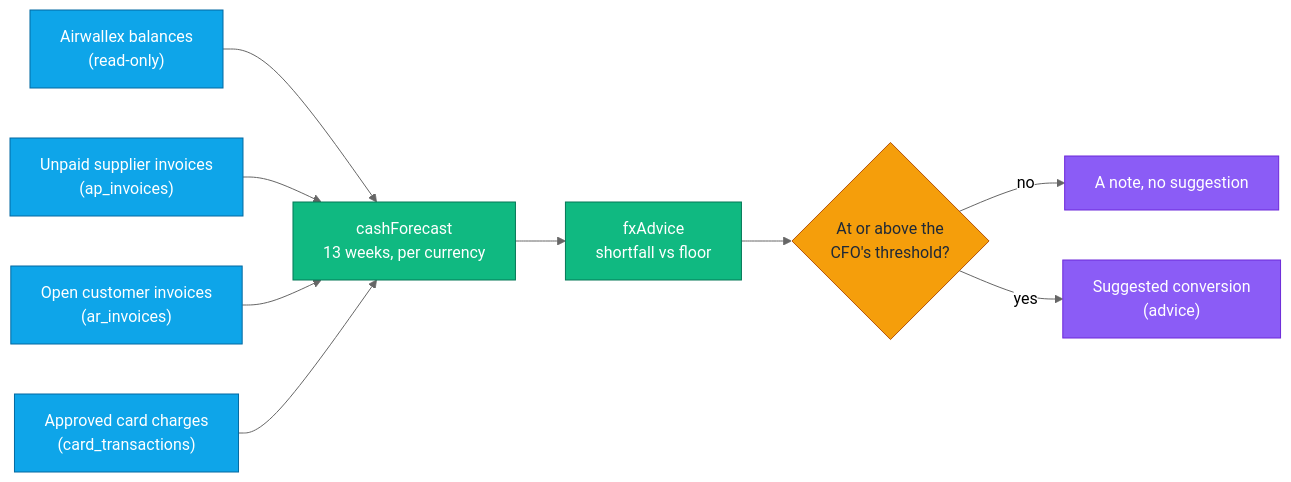
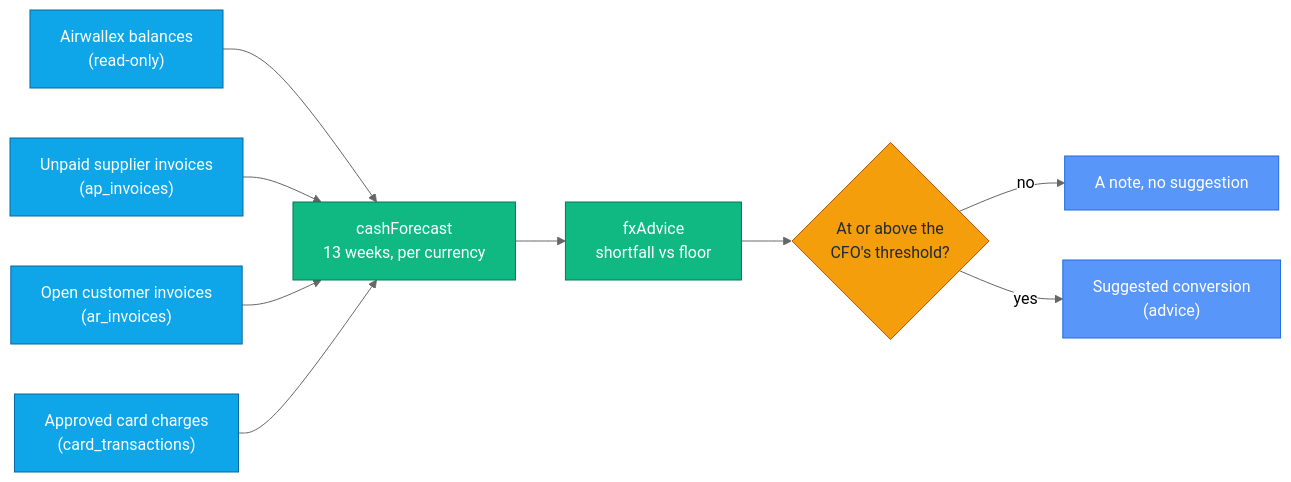
Before and after one commit to agamemnon-coder/x402-business-agents: the first of 2 diagrams in docs/treasury.md, drawn with Mermaid (neutral theme). The commit also changed other lines of this file and 184 other files, not shown here.

````diff
--- a/docs/treasury.md
+++ b/docs/treasury.md
@@ -54,19 +54,19 @@
 ```mermaid
 flowchart LR
   AWX["Airwallex balances<br/>(read-only)"] --> F
   AP["Unpaid supplier invoices<br/>(ap_invoices)"] --> F
   AR["Open customer invoices<br/>(ar_invoices)"] --> F
   CARD["Approved card charges<br/>(card_transactions)"] --> F
   F["cashForecast<br/>13 weeks, per currency"] --> X["fxAdvice<br/>shortfall vs floor"]
   X --> P{"At or above the<br/>CFO's threshold?"}
   P -- "no" --> N["A note, no suggestion"]
   P -- "yes" --> S["Suggested conversion<br/>(advice)"]
   classDef data fill:#0ea5e9,stroke:#0369a1,color:#ffffff
   classDef code fill:#10b981,stroke:#047857,color:#ffffff
   classDef gate fill:#f59e0b,stroke:#b45309,color:#1f2937
-  classDef advice fill:#8b5cf6,stroke:#6d28d9,color:#ffffff
+  classDef advice fill:#5996f9,stroke:#246bdd,color:#ffffff
   class AWX,AP,AR,CARD data
   class F,X code
   class P gate
   class N,S advice
 ```
````
